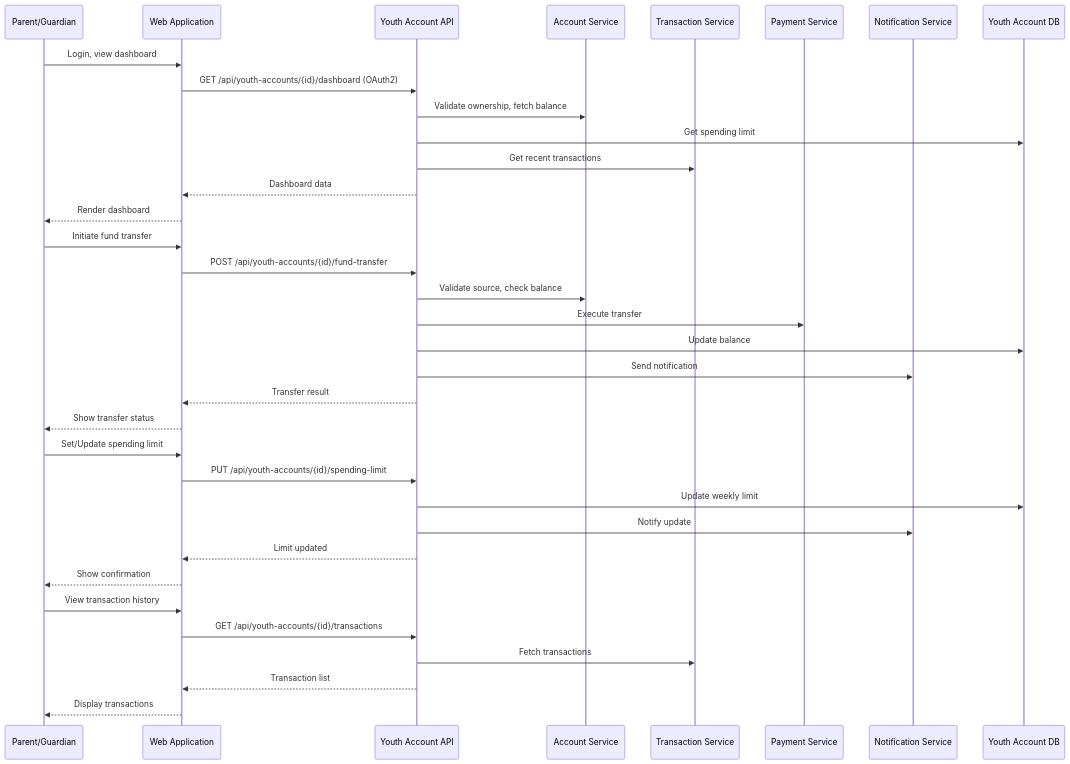
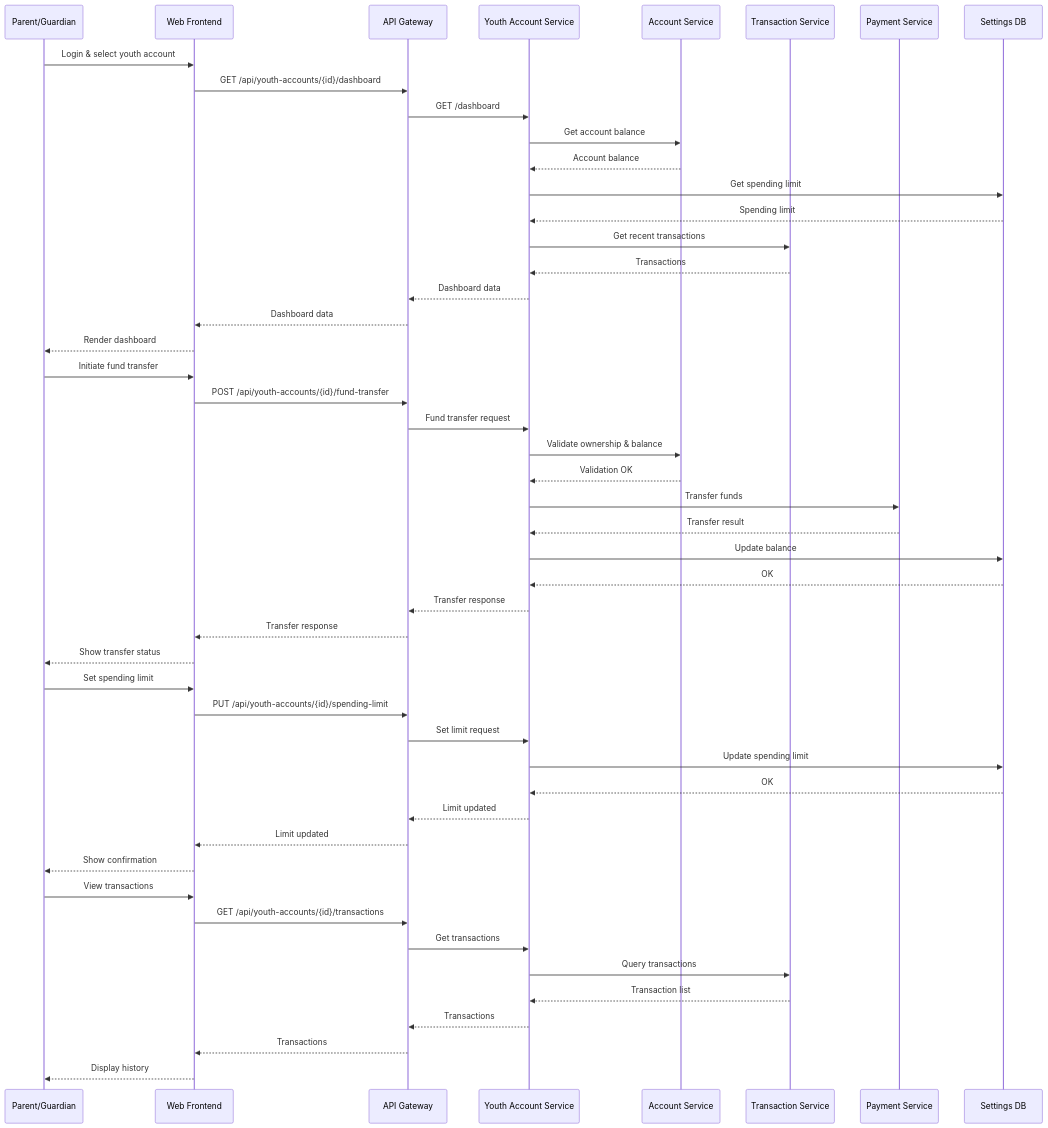
One commit to Ascend-Krithi/SCIB-Inception changed the diagram in Components and Sequence Diagrams/sequence_diagram.mmd. Above: the diagram before and after it, drawn with Mermaid. The commit also changed 1 other file, not shown here.

```diff
--- a/Components and Sequence Diagrams/sequence_diagram.mmd
+++ b/Components and Sequence Diagrams/sequence_diagram.mmd
@@ -1,44 +1,58 @@
-%% Sequence Diagram: Youth Account Parental Fund Management
+%% Youth Account Management - Sequence Diagram (Mermaid)
 sequenceDiagram
   participant Parent as Parent/Guardian
-  participant WebApp as Web Application
-  participant API as Youth Account API
+  participant WebApp as Web Frontend
+  participant APIGW as API Gateway
+  participant YthSvc as Youth Account Service
   participant AccSvc as Account Service
   participant TxnSvc as Transaction Service
   participant PaySvc as Payment Service
-  participant NotifSvc as Notification Service
-  participant YDB as Youth Account DB
+  participant SettingsDB as Settings DB
 
-  %% Dashboard Retrieval
-  Parent->>WebApp: Login, view dashboard
-  WebApp->>API: GET /api/youth-accounts/{id}/dashboard (OAuth2)
-  API->>AccSvc: Validate ownership, fetch balance
-  API->>YDB: Get spending limit
-  API->>TxnSvc: Get recent transactions
-  API-->>WebApp: Dashboard data
+  %% Dashboard retrieval
+  Parent->>WebApp: Login & select youth account
+  WebApp->>APIGW: GET /api/youth-accounts/{id}/dashboard
+  APIGW->>YthSvc: GET /dashboard
+  YthSvc->>AccSvc: Get account balance
+  AccSvc-->>YthSvc: Account balance
+  YthSvc->>SettingsDB: Get spending limit
+  SettingsDB-->>YthSvc: Spending limit
+  YthSvc->>TxnSvc: Get recent transactions
+  TxnSvc-->>YthSvc: Transactions
+  YthSvc-->>APIGW: Dashboard data
+  APIGW-->>WebApp: Dashboard data
   WebApp-->>Parent: Render dashboard
 
-  %% Fund Transfer
+  %% Fund transfer
   Parent->>WebApp: Initiate fund transfer
-  WebApp->>API: POST /api/youth-accounts/{id}/fund-transfer
-  API->>AccSvc: Validate source, check balance
-  API->>PaySvc: Execute transfer
-  API->>YDB: Update balance
-  API->>NotifSvc: Send notification
-  API-->>WebApp: Transfer result
+  WebApp->>APIGW: POST /api/youth-accounts/{id}/fund-transfer
+  APIGW->>YthSvc: Fund transfer request
+  YthSvc->>AccSvc: Validate ownership & balance
+  AccSvc-->>YthSvc: Validation OK
+  YthSvc->>PaySvc: Transfer funds
+  PaySvc-->>YthSvc: Transfer result
+  YthSvc->>SettingsDB: Update balance
+  SettingsDB-->>YthSvc: OK
+  YthSvc-->>APIGW: Transfer response
+  APIGW-->>WebApp: Transfer response
   WebApp-->>Parent: Show transfer status
 
-  %% Set Spending Limit
-  Parent->>WebApp: Set/Update spending limit
-  WebApp->>API: PUT /api/youth-accounts/{id}/spending-limit
-  API->>YDB: Update weekly limit
-  API->>NotifSvc: Notify update
-  API-->>WebApp: Limit updated
+  %% Set spending limit
+  Parent->>WebApp: Set spending limit
+  WebApp->>APIGW: PUT /api/youth-accounts/{id}/spending-limit
+  APIGW->>YthSvc: Set limit request
+  YthSvc->>SettingsDB: Update spending limit
+  SettingsDB-->>YthSvc: OK
+  YthSvc-->>APIGW: Limit updated
+  APIGW-->>WebApp: Limit updated
   WebApp-->>Parent: Show confirmation
 
-  %% Transaction History
-  Parent->>WebApp: View transaction history
-  WebApp->>API: GET /api/youth-accounts/{id}/transactions
-  API->>TxnSvc: Fetch transactions
-  API-->>WebApp: Transaction list
-  WebApp-->>Parent: Display transactions
+  %% Transaction history
+  Parent->>WebApp: View transactions
+  WebApp->>APIGW: GET /api/youth-accounts/{id}/transactions
+  APIGW->>YthSvc: Get transactions
+  YthSvc->>TxnSvc: Query transactions
+  TxnSvc-->>YthSvc: Transaction list
+  YthSvc-->>APIGW: Transactions
+  APIGW-->>WebApp: Transactions
+  WebApp-->>Parent: Display history
```
